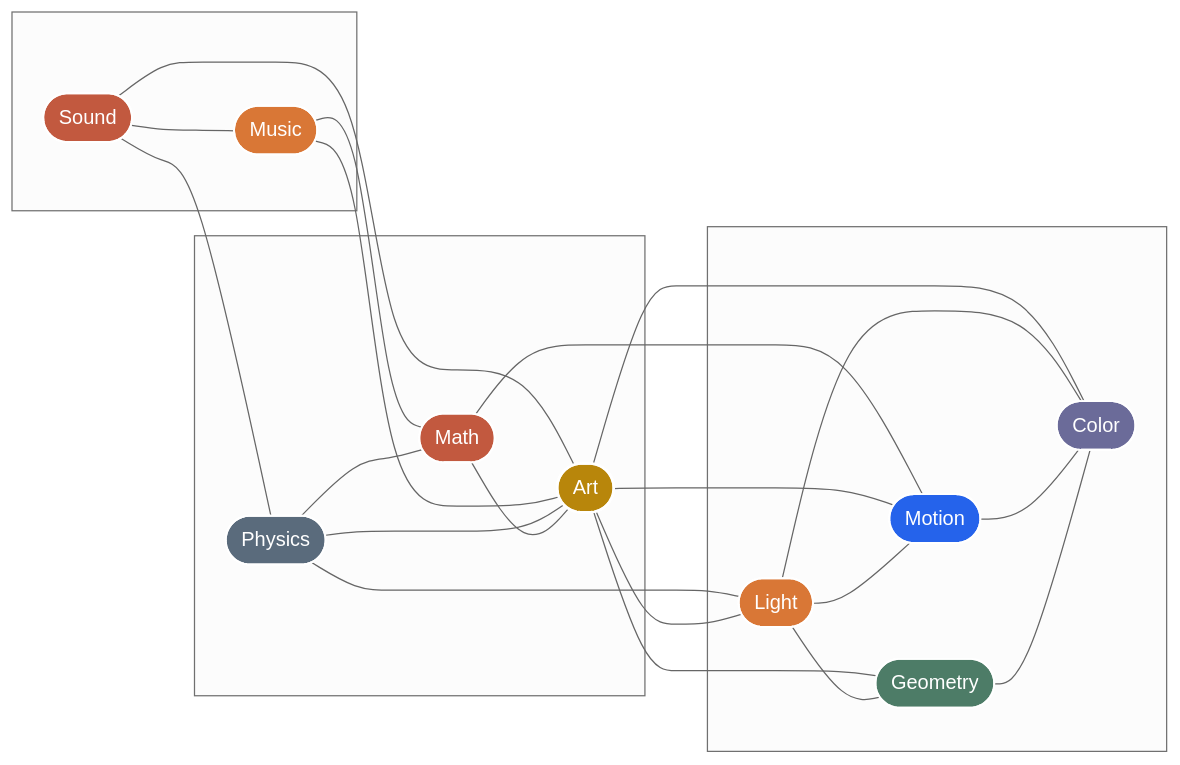
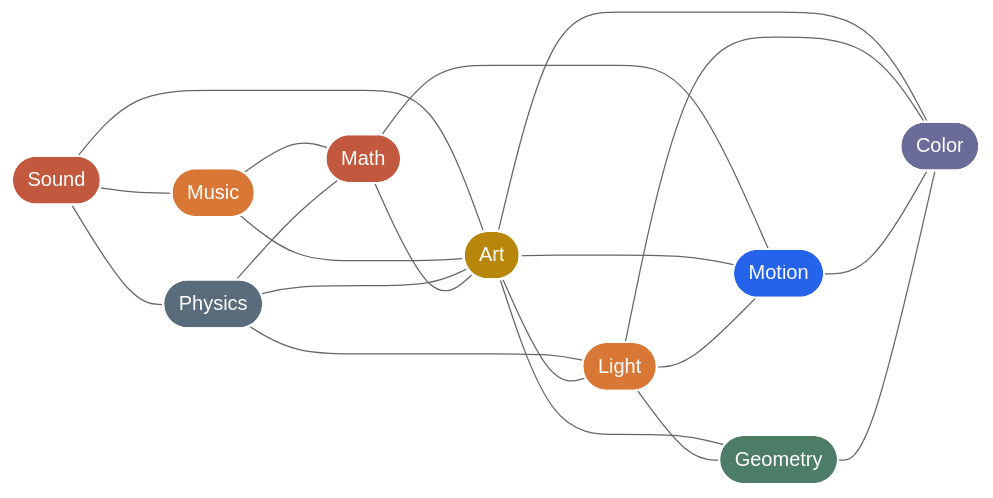
The diagram in README.md (n1m21n/n1m21n), drawn with Mermaid (neutral theme) before and after one commit.

Commit message:
Remove subgraph boxes from Mermaid diagram

````diff
--- a/README.md
+++ b/README.md
@@ -42,50 +42,42 @@
 ```mermaid
 flowchart LR
-    subgraph Audio [" "]
-        Sound(["Sound"]):::sound
-        Music(["Music"]):::music
-    end
-
-    subgraph Core [" "]
-        Physics(["Physics"]):::physics
-        Math(["Math"]):::math
-        Art(["Art"]):::art
-    end
-
-    subgraph Visual [" "]
-        Light(["Light"]):::light
-        Motion(["Motion"]):::motion
-        Geometry(["Geometry"]):::geometry
-        Color(["Color"]):::color
-    end
+    Sound(["Sound"]):::sound
+    Music(["Music"]):::music
+    Physics(["Physics"]):::physics
+    Math(["Math"]):::math
+    Art(["Art"]):::art
+    Light(["Light"]):::light
+    Motion(["Motion"]):::motion
+    Geometry(["Geometry"]):::geometry
+    Color(["Color"]):::color
 
     Sound --- Physics
     Sound --- Music
     Sound --- Art
     Music --- Math
     Music --- Art
     Physics --- Math
     Physics --- Art
     Physics --- Light
     Math --- Motion
     Math --- Art
     Art --- Light
     Art --- Motion
     Art --- Geometry
     Art --- Color
     Light --- Geometry
     Light --- Color
     Light --- Motion
     Motion --- Color
     Geometry --- Color
 
     classDef sound fill:#c2593f,stroke:#ffffff,stroke-width:1.5px,color:#ffffff;
     classDef music fill:#d97736,stroke:#ffffff,stroke-width:1.5px,color:#ffffff;
     classDef physics fill:#5a6b7c,stroke:#ffffff,stroke-width:1.5px,color:#ffffff;
     classDef math fill:#c2593f,stroke:#ffffff,stroke-width:1.5px,color:#ffffff;
     classDef art fill:#b8860b,stroke:#ffffff,stroke-width:2px,color:#ffffff;
     classDef light fill:#d97736,stroke:#ffffff,stroke-width:1.5px,color:#ffffff;
     classDef motion fill:#2563eb,stroke:#ffffff,stroke-width:1.5px,color:#ffffff;
     classDef geometry fill:#4d7c67,stroke:#ffffff,stroke-width:1.5px,color:#ffffff;
     classDef color fill:#6b6b99,stroke:#ffffff,stroke-width:1.5px,color:#ffffff;
 ```
````
